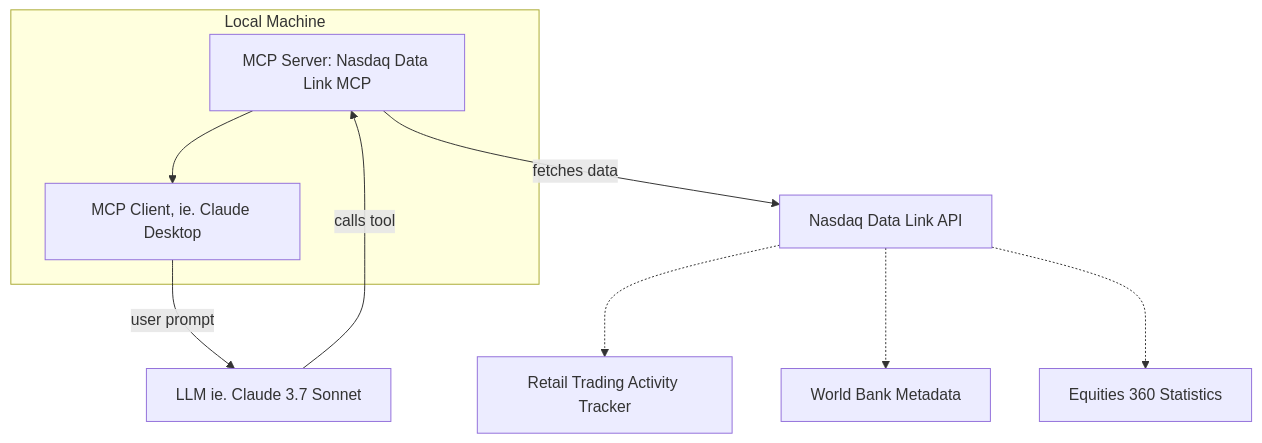
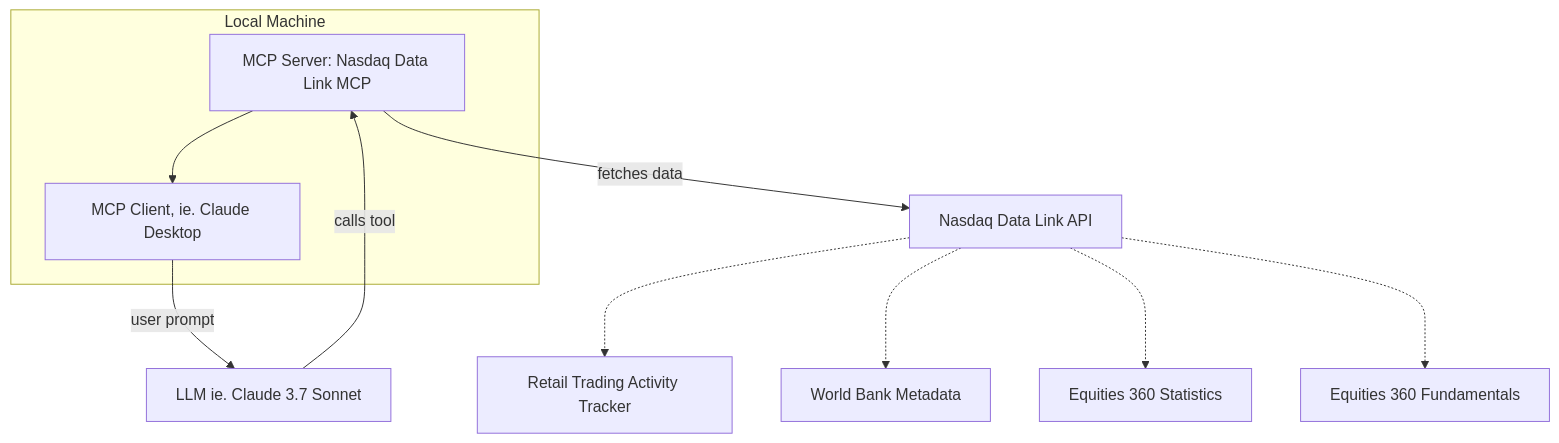
The diagram in README.md (stefanoamorelli/nasdaq-data-link-mcp), drawn with Mermaid before and after one commit. The commit also changed other lines of this file and 2 other files, not shown here.

Commit message:
feat(equities360): add support for Nasdaq Equities 360 fundamental summary

````diff
--- a/README.md
+++ b/README.md
@@ -303,13 +356,14 @@
 ```mermaid
 graph TD
   subgraph "Local Machine"
     A[MCP Server: Nasdaq Data Link MCP] --> C[MCP Client, ie. Claude Desktop]
   end
 
   C -->|user prompt| D[LLM ie. Claude 3.7 Sonnet]
   D -->|calls tool| A
   A -->|fetches data| B[Nasdaq Data Link API]
   B -.-> E[Retail Trading Activity Tracker]
   B -.-> F[World Bank Metadata]
   B -.-> G[Equities 360 Statistics]
+  B -.-> H[Equities 360 Fundamentals]
 ```
````
